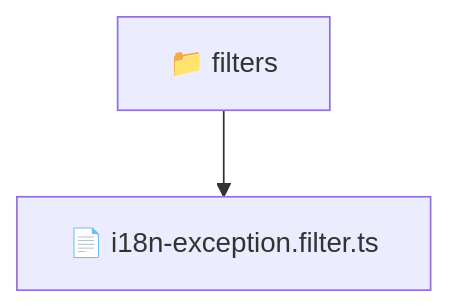
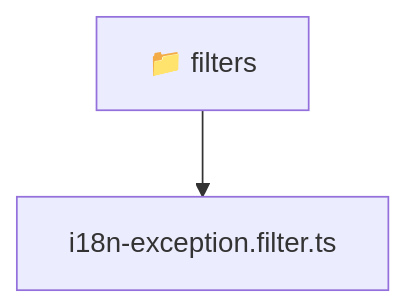
Before and after one commit to beginwebdev2002/fullstack-mavluda: the diagram in backend/src/common/filters/README.md, drawn with Mermaid. The commit also changed other lines of this file and 167 other files, not shown here.

````diff
--- a/backend/src/common/filters/README.md
+++ b/backend/src/common/filters/README.md
@@ -9,5 +9,6 @@
 ```mermaid
 graph TD
-  Root["📁 filters"]
-  Root --> i18n_exception_filter_ts["📄 i18n-exception.filter.ts"]
+  Root_filters["📁 filters"]
+  f_i18n_exception_filter_ts["i18n-exception.filter.ts"]
+  Root_filters --> f_i18n_exception_filter_ts
 ```
````
